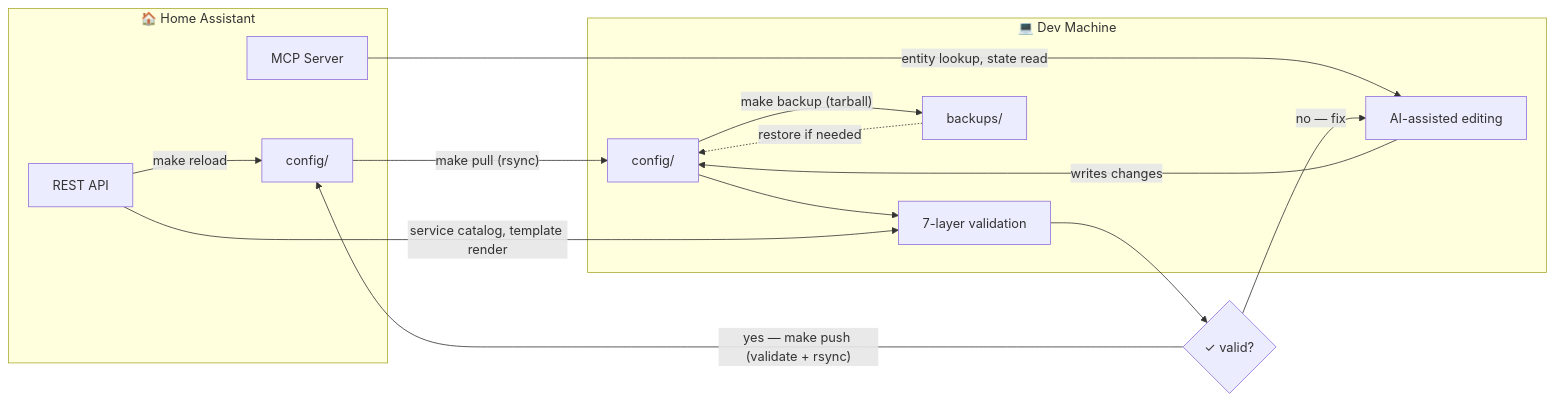
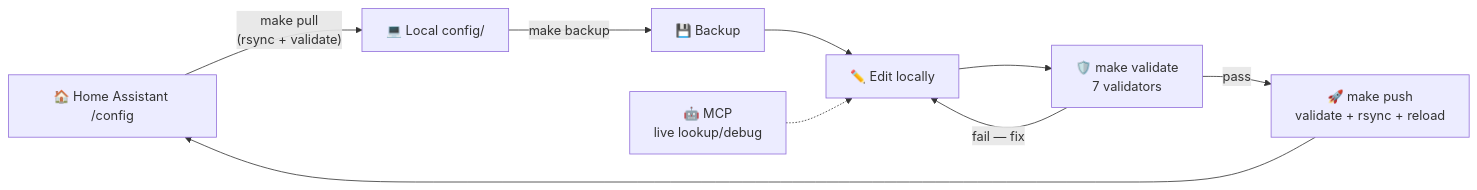
One commit to stephenwong/ai-homeassistant changed the first of 4 diagrams in README.md. Above: the diagram before and after it, drawn with Mermaid. The commit also changed other lines of this file and 8 other files, not shown here.

````diff
--- a/README.md
+++ b/README.md
@@ -20,32 +20,19 @@
 ```mermaid
 flowchart LR
-    subgraph HA["🏠 Home Assistant"]
-        ha_config["config/"]
-        ha_api["REST API"]
-        mcp["MCP Server"]
-    end
+    ha["🏠 Home Assistant /config"]
+    local["💻 Local config/"]
+    backup["💾 Backup"]
+    edit["✏️ Edit locally"]
+    validate["🛡️ make validate<br/>7 validators"]
+    push["🚀 make push<br/>validate + rsync + reload"]
+    mcp["🤖 MCP<br/>live lookup/debug"]
 
-    subgraph Dev["💻 Dev Machine"]
-        local_config["config/"]
-        validators["7-layer validation"]
-        backups["backups/"]
-        editor["AI-assisted editing"]
-    end
-
-    %% Pull flow
-    ha_config -->|"make pull (rsync)"| local_config
-    local_config -->|"make backup (tarball)"| backups
-
-    %% Edit & Validate
-    backups -.->|"restore if needed"| local_config
-    mcp -->|"entity lookup, state read"| editor
-    editor -->|"writes changes"| local_config
-    local_config --> validators
-    ha_api -->|"service catalog, template render"| validators
-    validators --> valid{"✓ valid?"}
-    valid -->|"no — fix"| editor
-
-    %% Push flow
-    valid -->|"yes — make push (validate + rsync)"| ha_config
-    ha_api -->|"make reload"| ha_config
+    ha -->|"make pull<br/>(rsync + validate)"| local
+    local -->|"make backup"| backup
+    backup --> edit
+    mcp -.-> edit
+    edit --> validate
+    validate -->|"fail — fix"| edit
+    validate -->|"pass"| push
+    push --> ha
 ```
````
